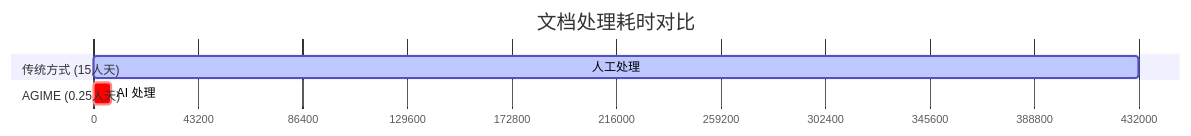
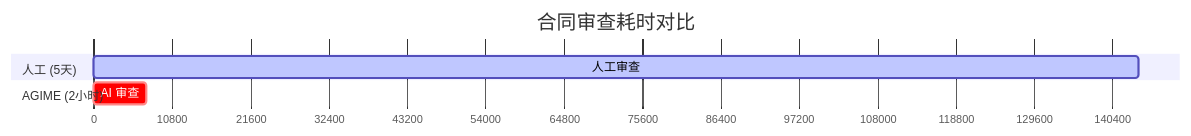
The first of 2 diagrams in docs/product/ENTERPRISE.md (jsjm1986/AGIME), drawn with Mermaid before and after one commit. The commit also changed other lines of this file and 3 other files, not shown here.

```diff
--- a/docs/product/ENTERPRISE.md
+++ b/docs/product/ENTERPRISE.md
@@ -35,12 +28,10 @@
 <div class="mermaid">
 gantt
-    title 文档处理耗时对比
+    title 合同审查耗时对比
     dateFormat X
     axisFormat %s
-    
-    section 传统方式 (15人天)
-    人工处理 :active, a1, 0, 120h
-    
-    section AGIME (0.25人天)
-    AI 处理   :crit, a2, 0, 2h
+    section 人工 (5天)
+    人工审查 :active, a1, 0, 40h
+    section AGIME (2小时)
+    AI 审查   :crit, a2, 0, 2h
 </div>
```
